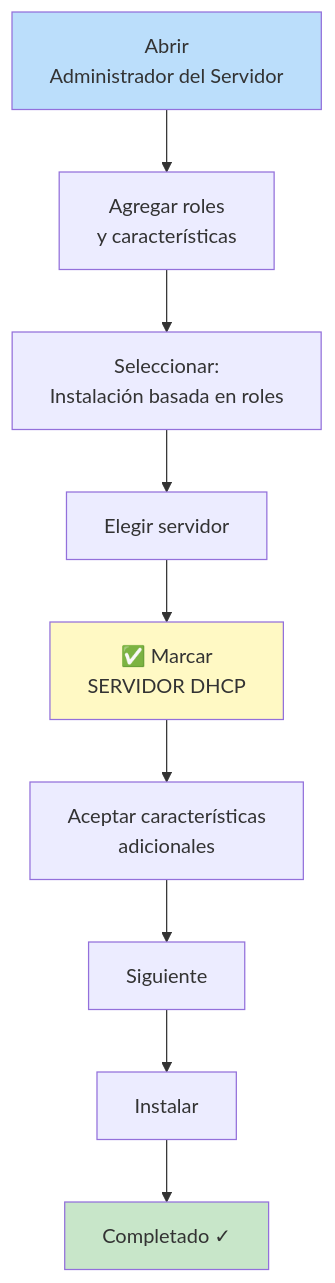
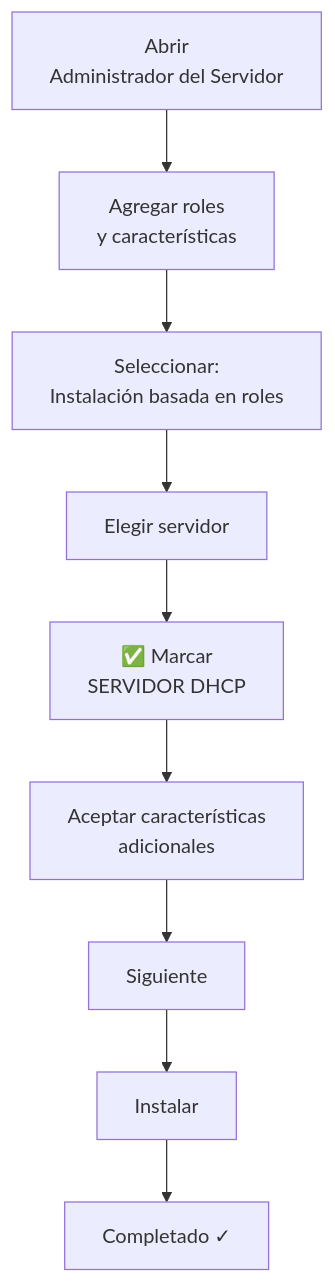
The sixth of 11 diagrams in INF423-Redes-II/Apuntes/2026-03-24-Segunda-Clase.md (chacaejosue/UAGRM-Semestre-I-2026), drawn with Mermaid before and after one commit. The commit also changed other lines of this file, not shown here.

Commit message:
Corregir problemas en los diagramas con poco contraste

````diff
--- a/INF423-Redes-II/Apuntes/2026-03-24-Segunda-Clase.md
+++ b/INF423-Redes-II/Apuntes/2026-03-24-Segunda-Clase.md
@@ -205,15 +202,11 @@
 ```mermaid
 graph TD
     A["Abrir<br/>Administrador del Servidor"] --> B["Agregar roles<br/>y características"]
     B --> C["Seleccionar:<br/>Instalación basada en roles"]
     C --> D["Elegir servidor"]
     D --> E["✅ Marcar<br/>SERVIDOR DHCP"]
     E --> F["Aceptar características<br/>adicionales"]
     F --> G["Siguiente"]
     G --> H["Instalar"]
     H --> I["Completado ✓"]
-    
-    style A fill:#bbdefb
-    style E fill:#fff9c4
-    style I fill:#c8e6c9
 ```
````
